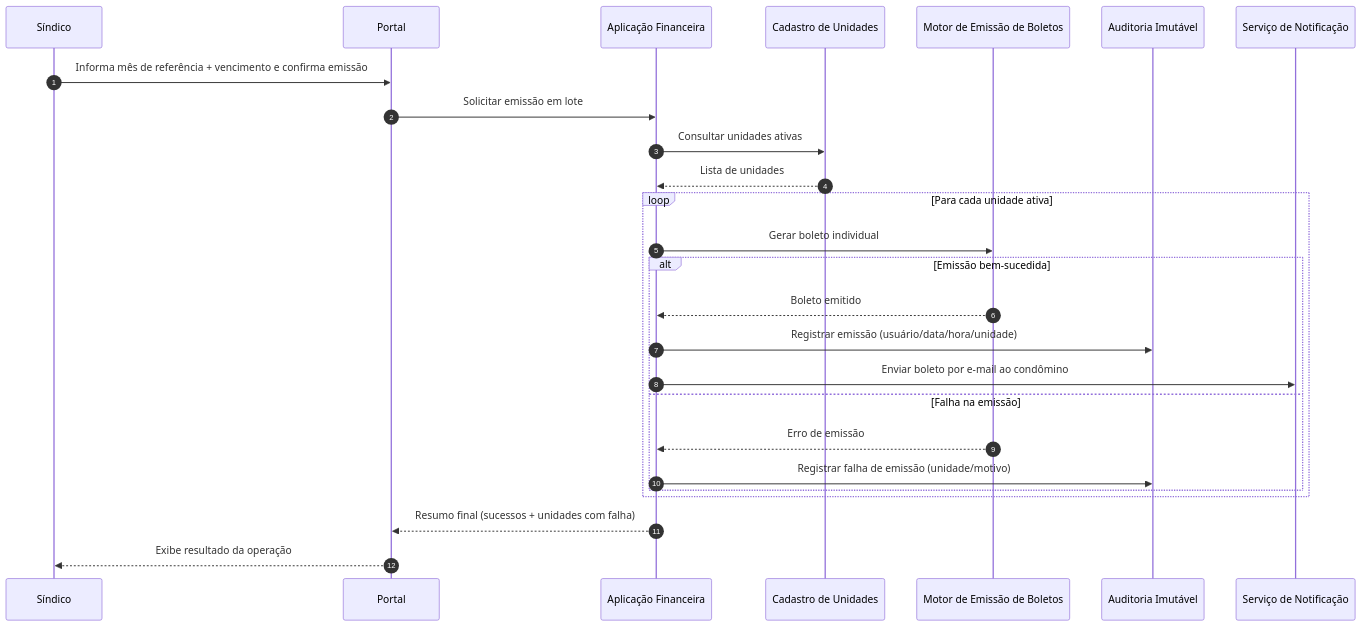
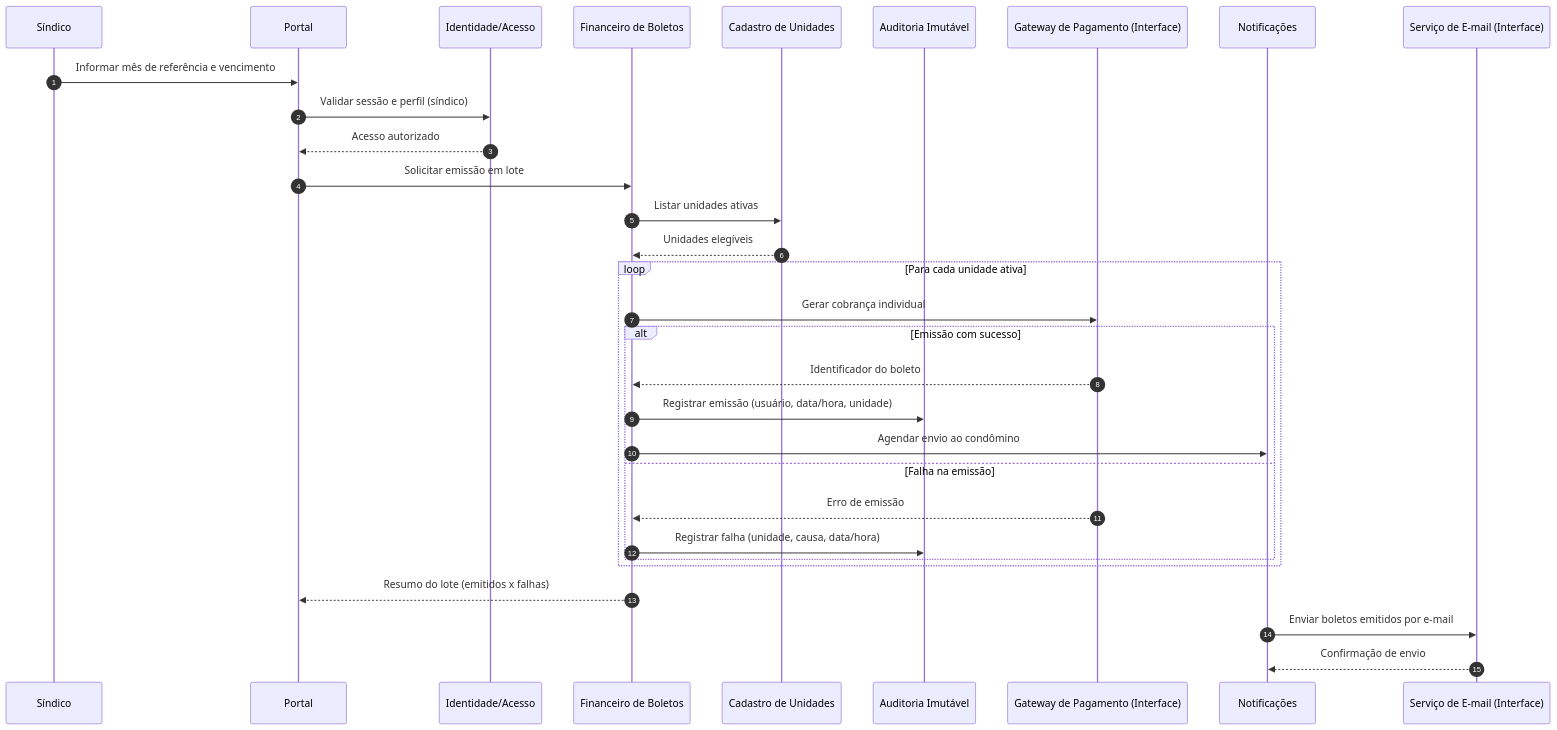
One commit to PDC-ESIA/AI4ES changed the second of 2 diagrams in docs/Time_2_Design/analise-qualitativa/outputs/relatorio_gpt_5_3_codex_M04.md. Above: the diagram before and after it, drawn with Mermaid. The commit also changed other lines of this file and 107 other files, not shown here.

````diff
--- a/docs/Time_2_Design/analise-qualitativa/outputs/relatorio_gpt_5_3_codex_M04.md
+++ b/docs/Time_2_Design/analise-qualitativa/outputs/relatorio_gpt_5_3_codex_M04.md
@@ -110,31 +102,37 @@
 ```mermaid
 sequenceDiagram
     autonumber
     participant S as Síndico
     participant UI as Portal
-    participant APP as Aplicação Financeira
+    participant IAM as Identidade/Acesso
+    participant FIN as Financeiro de Boletos
     participant CAD as Cadastro de Unidades
-    participant BOL as Motor de Emissão de Boletos
     participant AUD as Auditoria Imutável
-    participant NOTI as Serviço de Notificação
+    participant PAY as Gateway de Pagamento (Interface)
+    participant NOT as Notificações
+    participant MAIL as Serviço de E-mail (Interface)
 
-    S->>UI: Informa mês de referência + vencimento e confirma emissão
-    UI->>APP: Solicitar emissão em lote
-    APP->>CAD: Consultar unidades ativas
-    CAD-->>APP: Lista de unidades
+    S->>UI: Informar mês de referência e vencimento
+    UI->>IAM: Validar sessão e perfil (síndico)
+    IAM-->>UI: Acesso autorizado
+
+    UI->>FIN: Solicitar emissão em lote
+    FIN->>CAD: Listar unidades ativas
+    CAD-->>FIN: Unidades elegíveis
 
     loop Para cada unidade ativa
-        APP->>BOL: Gerar boleto individual
-        alt Emissão bem-sucedida
-            BOL-->>APP: Boleto emitido
-            APP->>AUD: Registrar emissão (usuário/data/hora/unidade)
-            APP->>NOTI: Enviar boleto por e-mail ao condômino
+        FIN->>PAY: Gerar cobrança individual
+        alt Emissão com sucesso
+            PAY-->>FIN: Identificador do boleto
+            FIN->>AUD: Registrar emissão (usuário, data/hora, unidade)
+            FIN->>NOT: Agendar envio ao condômino
         else Falha na emissão
-            BOL-->>APP: Erro de emissão
-            APP->>AUD: Registrar falha de emissão (unidade/motivo)
+            PAY-->>FIN: Erro de emissão
+            FIN->>AUD: Registrar falha (unidade, causa, data/hora)
         end
     end
 
-    APP-->>UI: Resumo final (sucessos + unidades com falha)
-    UI-->>S: Exibe resultado da operação
+    FIN-->>UI: Resumo do lote (emitidos x falhas)
+    NOT->>MAIL: Enviar boletos emitidos por e-mail
+    MAIL-->>NOT: Confirmação de envio
 ```
````
